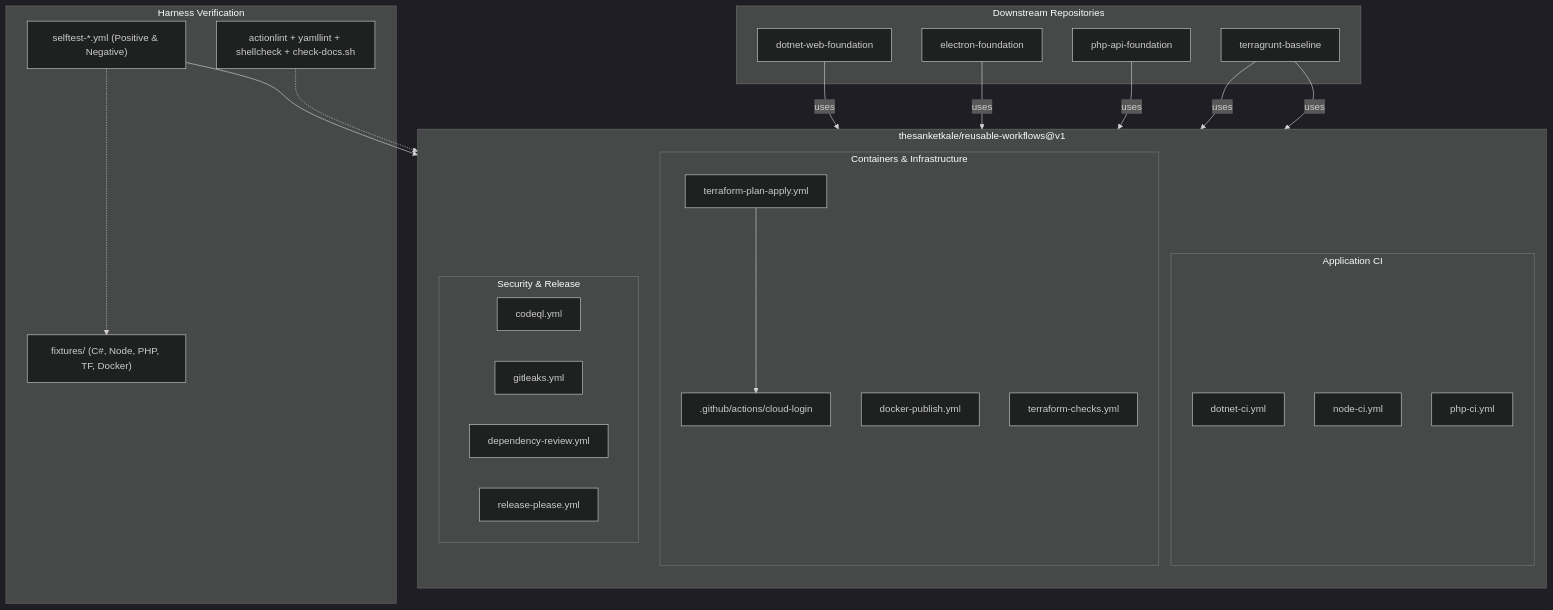
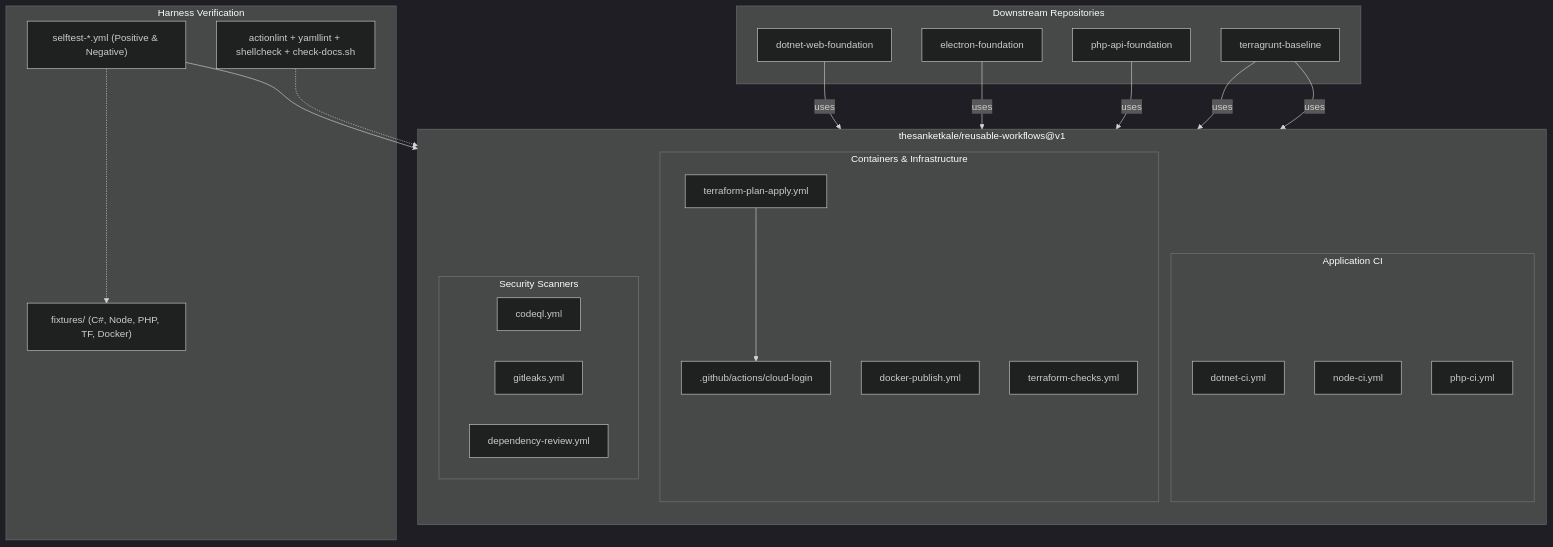
The diagram in README.md (thesanketkale/reusable-workflows), drawn with Mermaid (dark theme) before and after one commit. The commit also changed other lines of this file and 7 other files, not shown here.

````diff
--- a/README.md
+++ b/README.md
@@ -74,49 +74,48 @@
 ```mermaid
 flowchart TD
     subgraph Consumers["Downstream Repositories"]
         R_DotNet["dotnet-web-foundation"]
         R_Node["electron-foundation"]
         R_PHP["php-api-foundation"]
         R_TF["terragrunt-baseline"]
     end
 
     subgraph Library["thesanketkale/reusable-workflows@v1"]
         direction TB
         subgraph AppCI["Application CI"]
             WF_DotNet["dotnet-ci.yml"]
             WF_Node["node-ci.yml"]
             WF_PHP["php-ci.yml"]
         end
 
         subgraph InfraCI["Containers & Infrastructure"]
             WF_Docker["docker-publish.yml"]
             WF_TFChecks["terraform-checks.yml"]
             WF_TFPlanApply["terraform-plan-apply.yml"]
             CA_CloudLogin[".github/actions/cloud-login"]
         end
 
-        subgraph SecurityCI["Security & Release"]
+        subgraph SecurityCI["Security Scanners"]
             WF_CodeQL["codeql.yml"]
             WF_Gitleaks["gitleaks.yml"]
             WF_DepReview["dependency-review.yml"]
-            WF_ReleasePlease["release-please.yml"]
         end
     end
 
     subgraph Gates["Harness Verification"]
         Fixtures["fixtures/ (C#, Node, PHP, TF, Docker)"]
         Selftests["selftest-*.yml (Positive & Negative)"]
         Linters["actionlint + yamllint + shellcheck + check-docs.sh"]
     end
 
     R_DotNet -->|"uses"| WF_DotNet
     R_Node -->|"uses"| WF_Node
     R_PHP -->|"uses"| WF_PHP
     R_TF -->|"uses"| WF_TFChecks
     R_TF -->|"uses"| WF_TFPlanApply
 
     WF_TFPlanApply --> CA_CloudLogin
     Selftests --> Library
     Selftests -.-> Fixtures
     Linters -.-> Library
 ```
````
